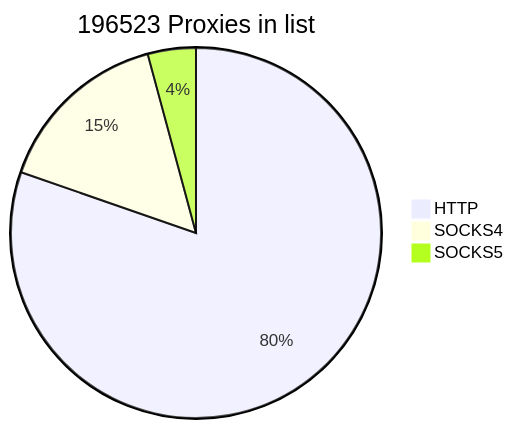
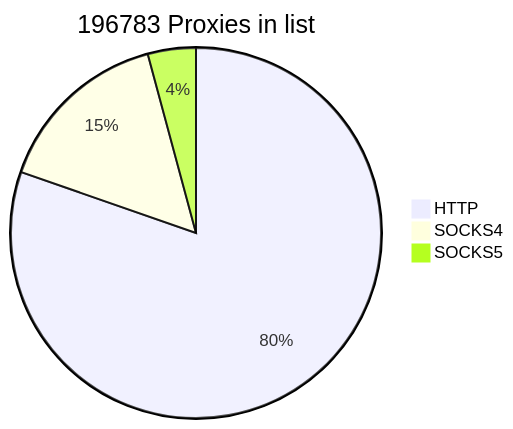
Before and after one commit to cutipu/proxylist: the first of 2 diagrams in README.md, drawn with Mermaid. The commit also changed other lines of this file, not shown here.

````diff
--- a/README.md
+++ b/README.md
@@ -2,7 +2,7 @@
 ```mermaid
-pie title 196523 Proxies in list
-    "HTTP" : 157846
-    "SOCKS4" : 30435
-    "SOCKS5" : 8242
+pie title 196783 Proxies in list
+    "HTTP" : 158090
+    "SOCKS4" : 30444
+    "SOCKS5" : 8249
             
 ```
````
